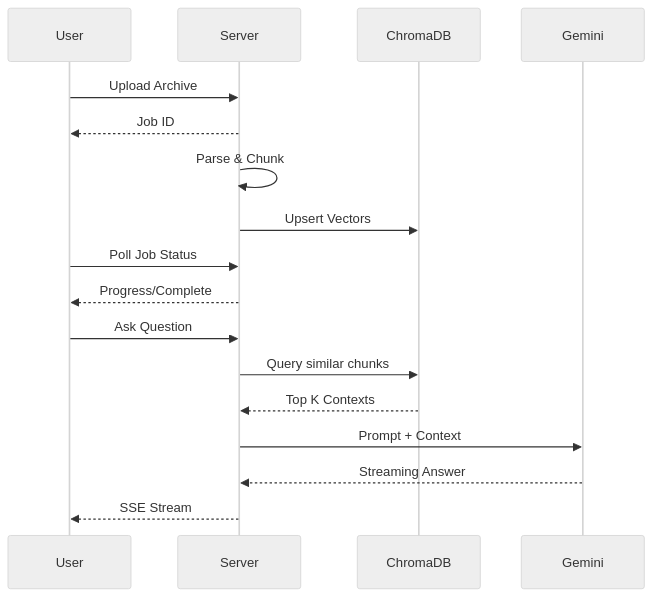
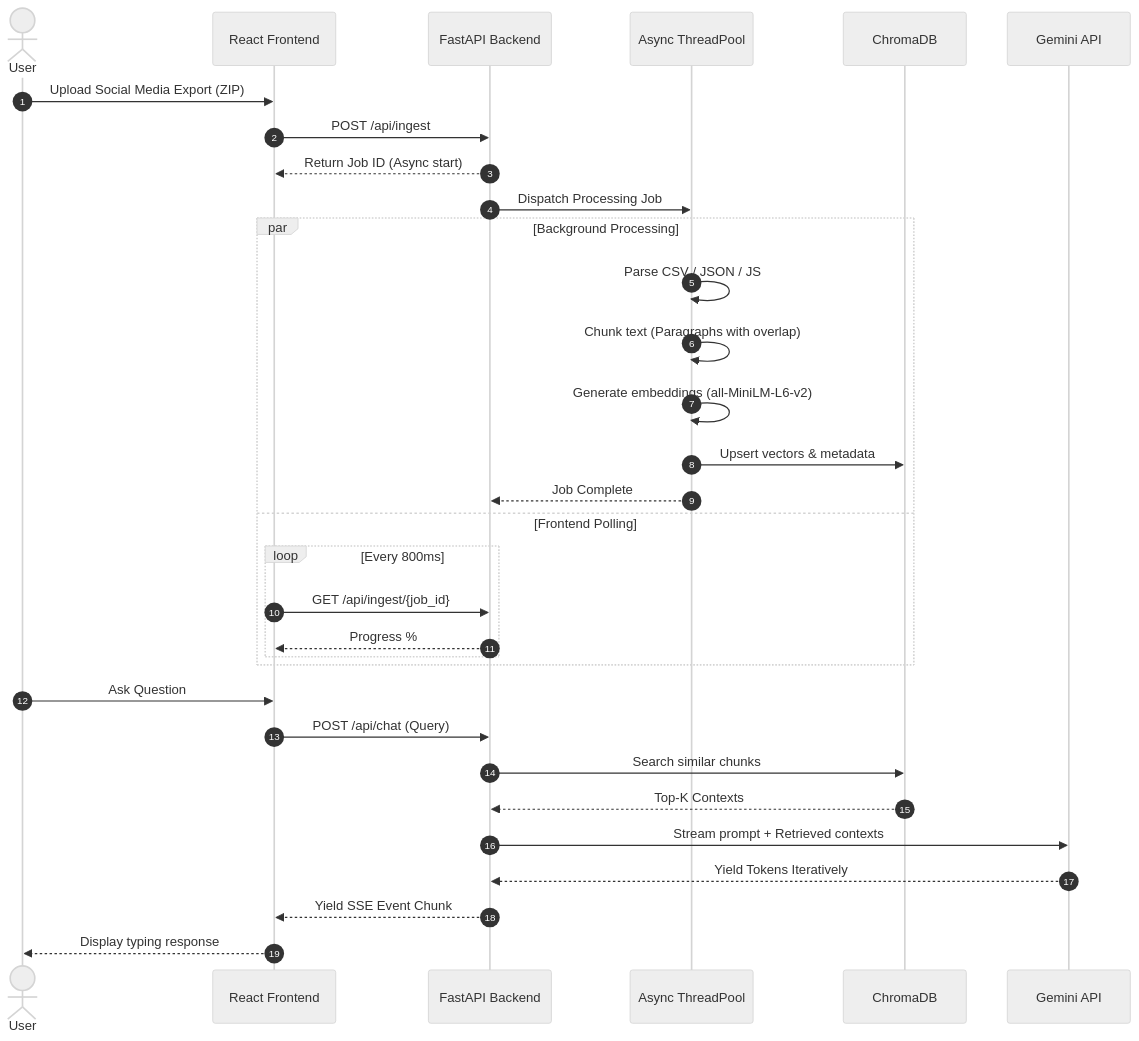
The second of 2 diagrams in README.md (rohanjain1648/cortex), drawn with Mermaid (neutral theme) before and after one commit. The commit also changed other lines of this file, not shown here.

Commit message:
docs: overhaul README with comprehensive architecture diagrams and enhanced formatting

````diff
--- a/README.md
+++ b/README.md
@@ -57,19 +100,39 @@
 ```mermaid
 sequenceDiagram
-    participant User
-    participant Server
-    participant ChromaDB
-    participant Gemini
-    User->>Server: Upload Archive
-    Server-->>User: Job ID
-    Server->>Server: Parse & Chunk
-    Server->>ChromaDB: Upsert Vectors
-    User->>Server: Poll Job Status
-    Server-->>User: Progress/Complete
-    User->>Server: Ask Question
-    Server->>ChromaDB: Query similar chunks
-    ChromaDB-->>Server: Top K Contexts
-    Server->>Gemini: Prompt + Context
-    Gemini-->>Server: Streaming Answer
-    Server-->>User: SSE Stream
+    autonumber
+    actor User
+    participant UI as React Frontend
+    participant API as FastAPI Backend
+    participant Worker as Async ThreadPool
+    participant Vector as ChromaDB
+    participant LLM as Gemini API
+
+    %% Ingestion Phase
+    User->>UI: Upload Social Media Export (ZIP)
+    UI->>API: POST /api/ingest
+    API-->>UI: Return Job ID (Async start)
+    API->>Worker: Dispatch Processing Job
+    
+    par Background Processing
+        Worker->>Worker: Parse CSV / JSON / JS
+        Worker->>Worker: Chunk text (Paragraphs with overlap)
+        Worker->>Worker: Generate embeddings (all-MiniLM-L6-v2)
+        Worker->>Vector: Upsert vectors & metadata
+        Worker-->>API: Job Complete
+    and Frontend Polling
+        loop Every 800ms
+            UI->>API: GET /api/ingest/{job_id}
+            API-->>UI: Progress %
+        end
+    end
+    
+    %% Query Phase
+    User->>UI: Ask Question
+    UI->>API: POST /api/chat (Query)
+    API->>Vector: Search similar chunks
+    Vector-->>API: Top-K Contexts
+    API->>LLM: Stream prompt + Retrieved contexts
+    LLM-->>API: Yield Tokens Iteratively
+    API-->>UI: Yield SSE Event Chunk
+    UI-->>User: Display typing response
 ```
````
